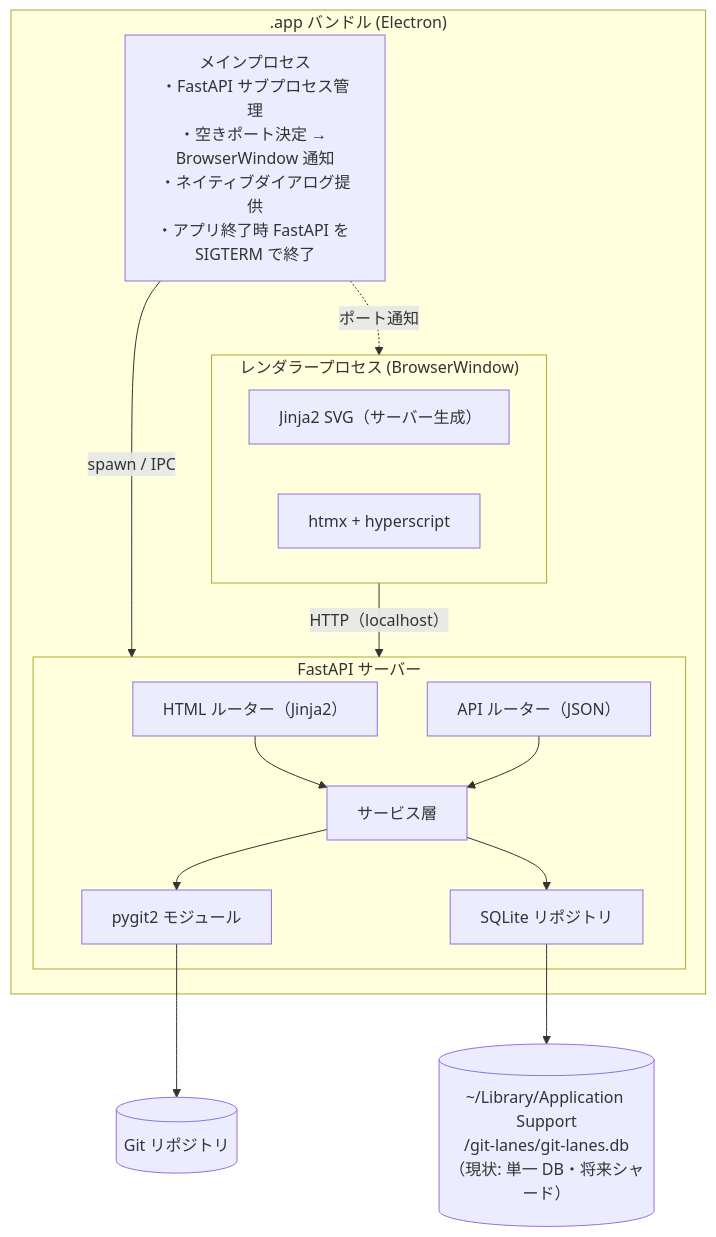
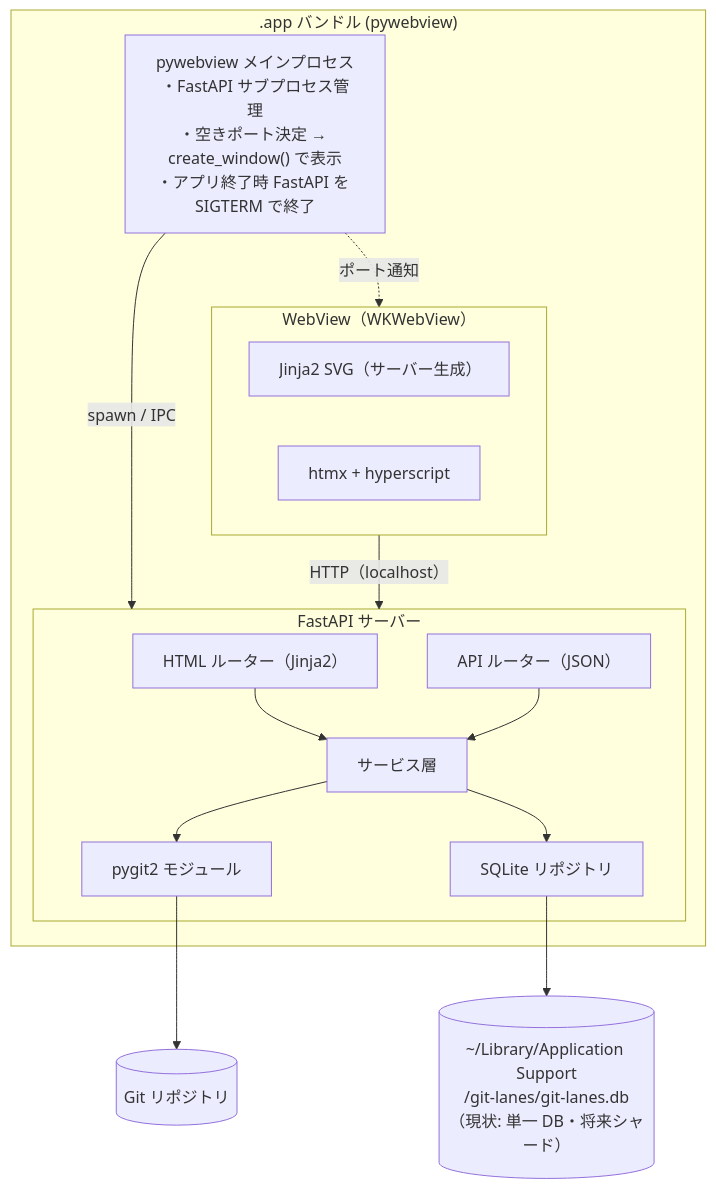
The first of 2 diagrams in docs/architecture.md (YTommy109/git-lanes), drawn with Mermaid before and after one commit. The commit also changed other lines of this file and 1 other file, not shown here.

Commit message:
docs: architecture と specification の Electron 記述を pywebview に更新する

````diff
--- a/docs/architecture.md
+++ b/docs/architecture.md
@@ -5,32 +5,32 @@
 ```mermaid
 graph TB
-    subgraph ElectronApp[".app バンドル (Electron)"]
-        Main["メインプロセス\n・FastAPI サブプロセス管理\n・空きポート決定 → BrowserWindow 通知\n・ネイティブダイアログ提供\n・アプリ終了時 FastAPI を SIGTERM で終了"]
+    subgraph PywebviewApp[".app バンドル (pywebview)"]
+        Main["pywebview メインプロセス\n・FastAPI サブプロセス管理\n・空きポート決定 → create_window() で表示\n・アプリ終了時 FastAPI を SIGTERM で終了"]
 
-        subgraph Renderer["レンダラープロセス (BrowserWindow)"]
+        subgraph Renderer["WebView（WKWebView）"]
             SVG["Jinja2 SVG（サーバー生成）"]
             HTMX["htmx + hyperscript"]
         end
 
         subgraph FastAPIServer["FastAPI サーバー"]
             HR["HTML ルーター（Jinja2）"]
             AR["API ルーター（JSON）"]
             SVC["サービス層"]
             PG["pygit2 モジュール"]
             DB["SQLite リポジトリ"]
         end
     end
 
     GitRepo[("Git リポジトリ")]
     AppSupport[("~/Library/Application Support\n/git-lanes/git-lanes.db\n（現状: 単一 DB・将来シャード）")]
 
     Main -->|"spawn / IPC"| FastAPIServer
     Main -.->|"ポート通知"| Renderer
     Renderer -->|"HTTP（localhost）"| FastAPIServer
     HR --> SVC
     AR --> SVC
     SVC --> PG
     SVC --> DB
     PG --> GitRepo
     DB --> AppSupport
 ```
````
